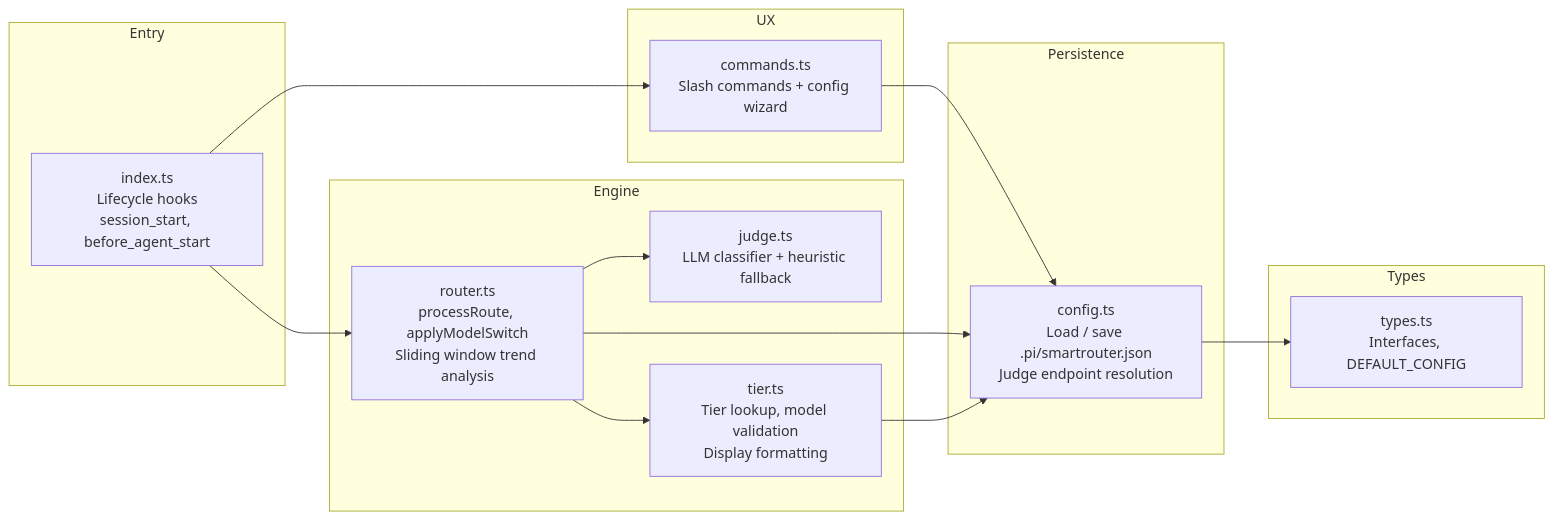
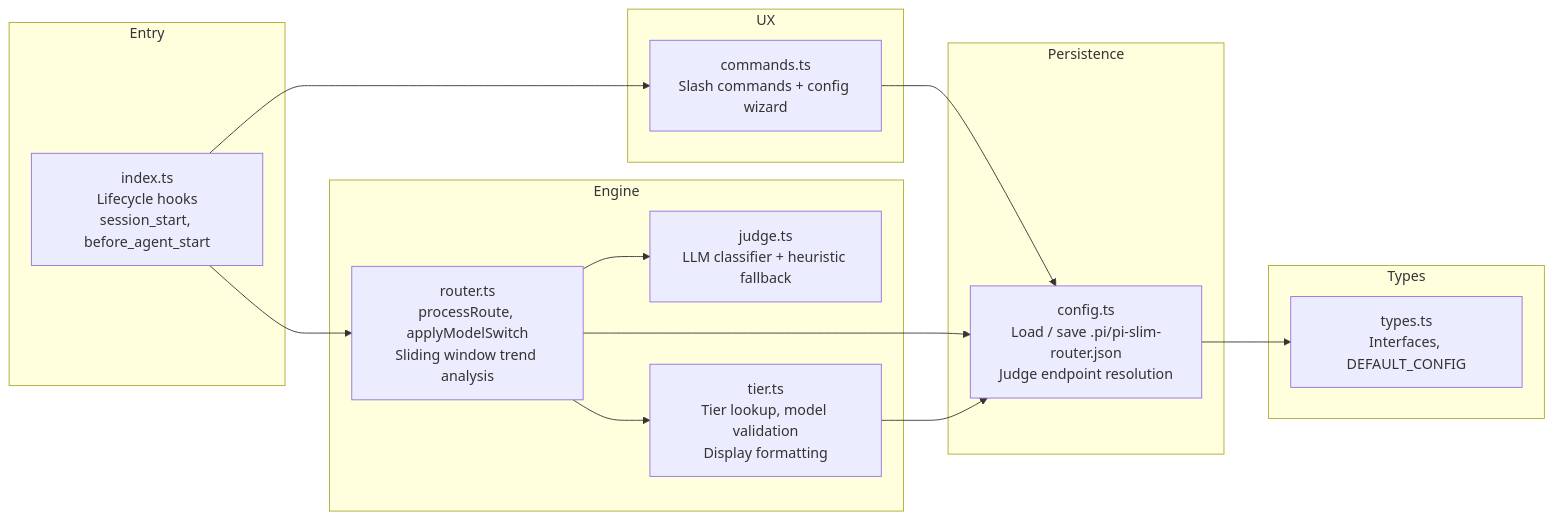
One commit to Groveer/pi-shift-router changed the second of 2 diagrams in README.md. Above: the diagram before and after it, drawn with Mermaid. The commit also changed other lines of this file and 9 other files, not shown here.

````diff
--- a/README.md
+++ b/README.md
@@ -163,33 +163,33 @@
 ```mermaid
 flowchart LR
     subgraph Entry
         I["index.ts<br/>Lifecycle hooks<br/>session_start, before_agent_start"]
     end
 
     subgraph Engine
         R["router.ts<br/>processRoute, applyModelSwitch<br/>Sliding window trend analysis"]
         J["judge.ts<br/>LLM classifier + heuristic fallback"]
         T["tier.ts<br/>Tier lookup, model validation<br/>Display formatting"]
     end
 
     subgraph Persistence
-        C["config.ts<br/>Load / save .pi/smartrouter.json<br/>Judge endpoint resolution"]
+        C["config.ts<br/>Load / save .pi/pi-slim-router.json<br/>Judge endpoint resolution"]
     end
 
     subgraph UX
         M["commands.ts<br/>Slash commands + config wizard"]
     end
 
     subgraph Types
         Y["types.ts<br/>Interfaces, DEFAULT_CONFIG"]
     end
 
     I --> R
     I --> M
     M --> C
     R --> J
     R --> T
     R --> C
     T --> C
     C --> Y
 ```
````
